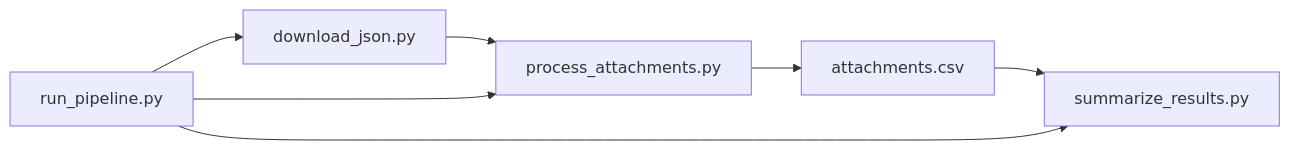
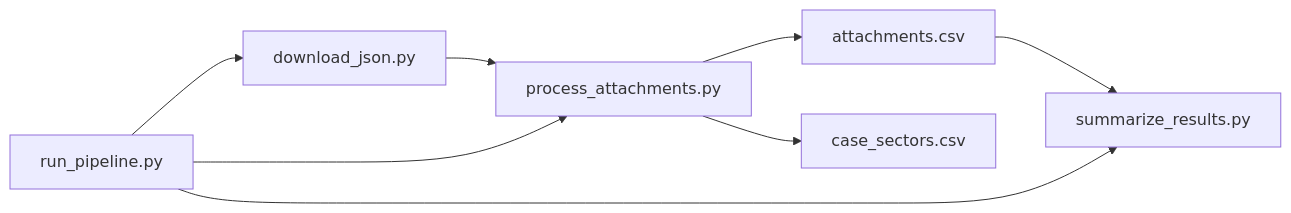
One commit to kvalge/eu-merger-cases-arbitration-analysis changed the diagram in specs/SPEC.md. Above: the diagram before and after it, drawn with Mermaid. The commit also changed other lines of this file and 15 other files, not shown here.

Commit message:
Updated data processing to create also seperate sectors csv.

````diff
--- a/specs/SPEC.md
+++ b/specs/SPEC.md
@@ -226,9 +260,10 @@
 ```mermaid
 flowchart LR
   step1[download_json.py] --> step2[process_attachments.py]
   step2 --> csv[attachments.csv]
+  step2 --> sectors[case_sectors.csv]
   csv --> step3[summarize_results.py]
   runner[run_pipeline.py] --> step1
   runner --> step2
   runner --> step3
 ```
````
